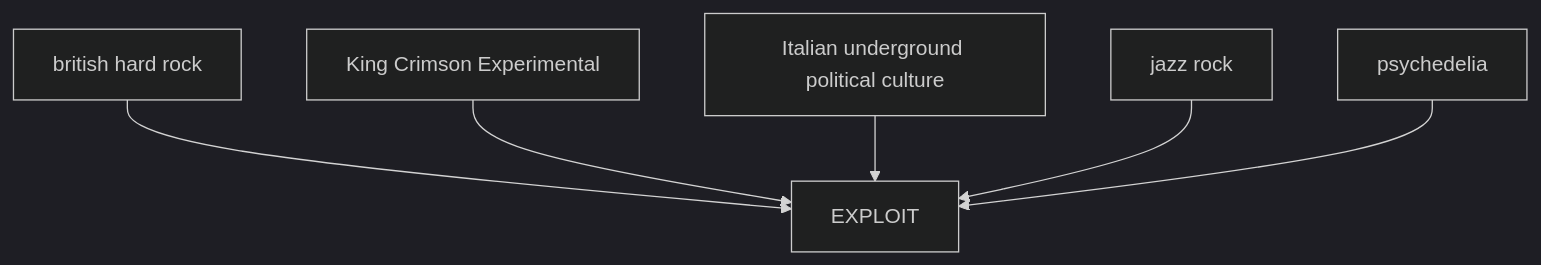
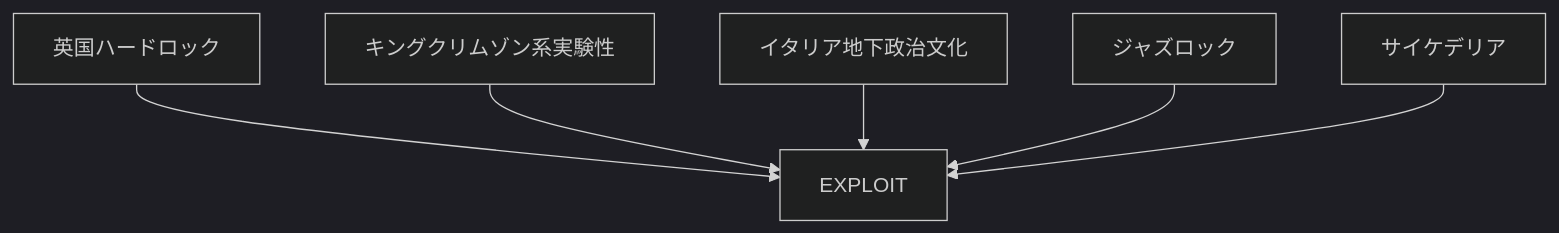
One commit to monumental-movement/monumental-movement.github.io changed the second of 6 diagrams in en/_posts/2026-05-16-column-exploit.md. Above: the diagram before and after it, drawn with Mermaid (dark theme). The commit also changed other lines of this file and 2196 other files, not shown here.

```diff
--- a/en/_posts/2026-05-16-column-exploit.md
+++ b/en/_posts/2026-05-16-column-exploit.md
@@ -130,8 +129,8 @@
 <div class="mermaid">
 flowchart TD
-A[british hard rock] --> D[EXPLOIT]
-B[King Crimson Experimental] --> D
-C[Italian underground political culture] --> D
-E[jazz rock] --> D
-F[psychedelia] --> D
+A[英国ハードロック] --> D[EXPLOIT]
+B[キングクリムゾン系実験性] --> D
+C[イタリア地下政治文化] --> D
+E[ジャズロック] --> D
+F[サイケデリア] --> D
 </div>
```
